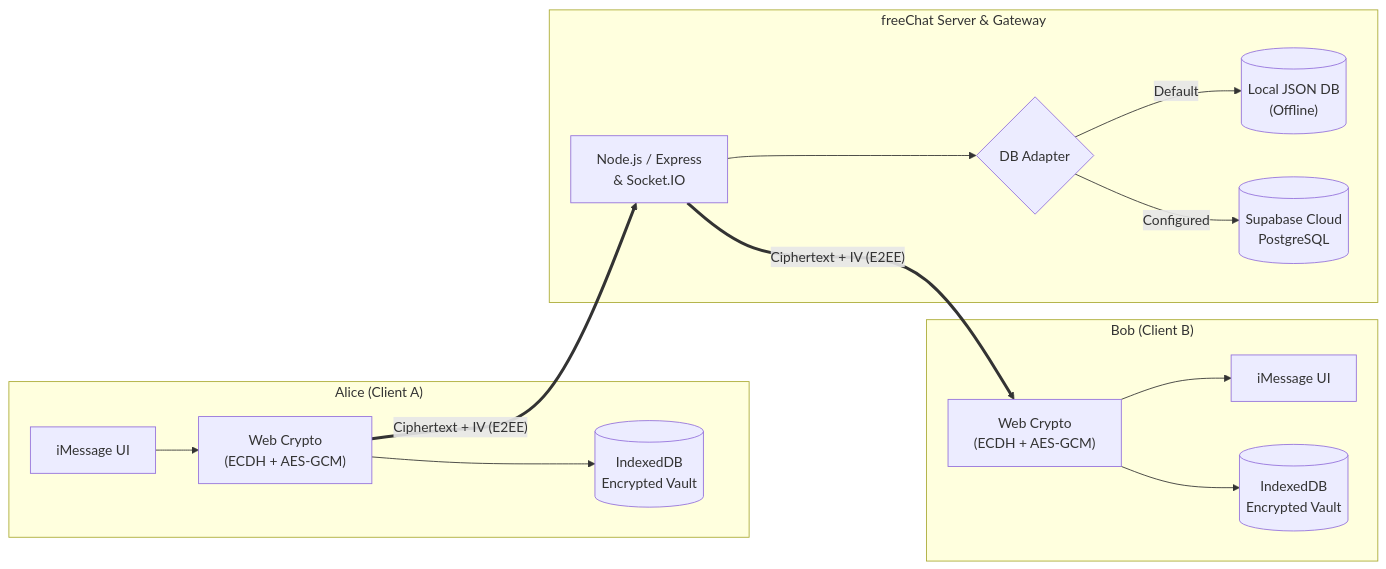
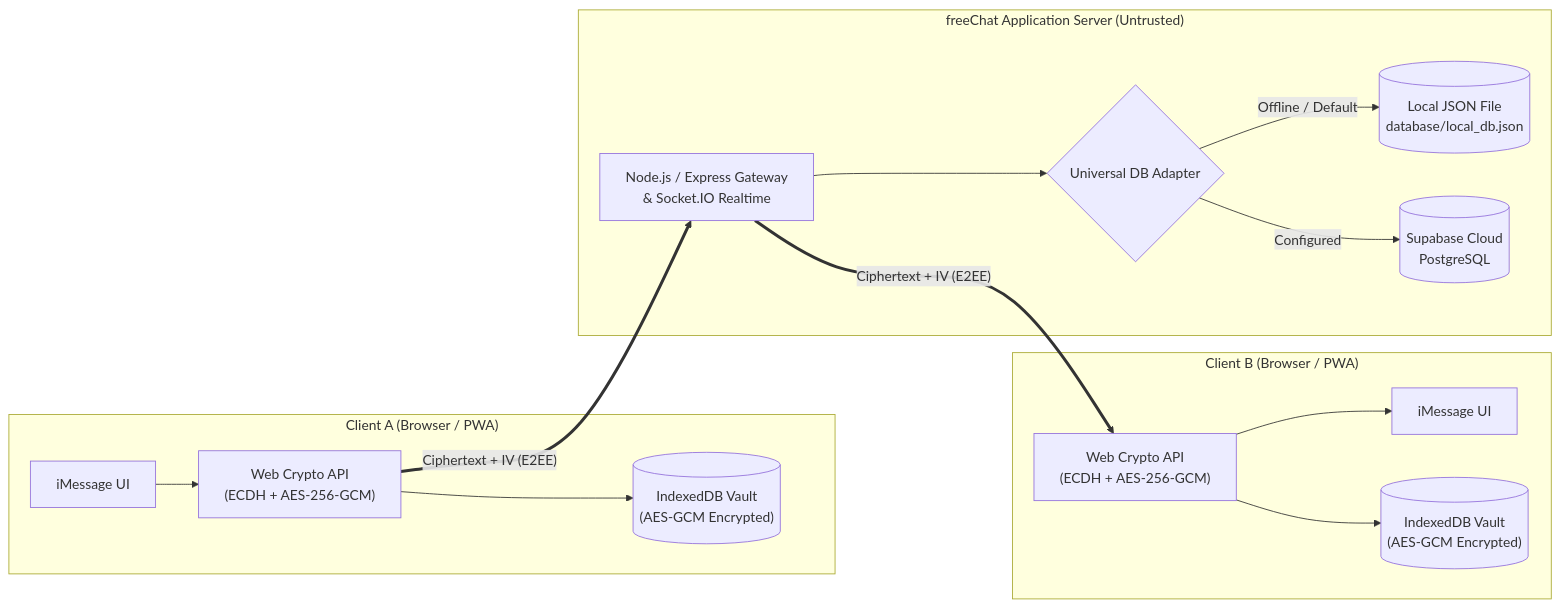
Before and after one commit to Reyadh418/freeChat: the diagram in README.md, drawn with Mermaid. The commit also changed other lines of this file, not shown here.

````diff
--- a/README.md
+++ b/README.md
@@ -60,25 +134,26 @@
 ```mermaid
 flowchart LR
-    subgraph AliceBrowser["Alice (Client A)"]
-        A_UI["iMessage UI"] --> A_Crypto["Web Crypto\n(ECDH + AES-GCM)"]
-        A_Crypto --> A_Vault[("IndexedDB\nEncrypted Vault")]
+    subgraph ClientA["Client A (Browser / PWA)"]
+        UI_A["iMessage UI"] --> WebCrypto_A["Web Crypto API\n(ECDH + AES-256-GCM)"]
+        WebCrypto_A --> Vault_A[("IndexedDB Vault\n(AES-GCM Encrypted)")]
     end
 
-    subgraph Backend["freeChat Server & Gateway"]
-        Server["Node.js / Express\n& Socket.IO"]
-        DBAdapter{"DB Adapter"}
-        LocalStore[("Local JSON DB\n(Offline)")]
+    subgraph Infrastructure["freeChat Application Server (Untrusted)"]
+        Server["Node.js / Express Gateway\n& Socket.IO Realtime"]
+        DBAdapter{"Universal DB Adapter"}
+        LocalStore[("Local JSON File\ndatabase/local_db.json")]
         CloudStore[("Supabase Cloud\nPostgreSQL")]
-        DBAdapter -->|Default| LocalStore
+        
+        Server --> DBAdapter
+        DBAdapter -->|Offline / Default| LocalStore
         DBAdapter -->|Configured| CloudStore
     end
 
-    subgraph BobBrowser["Bob (Client B)"]
-        B_Crypto["Web Crypto\n(ECDH + AES-GCM)"] --> B_UI["iMessage UI"]
-        B_Crypto --> B_Vault[("IndexedDB\nEncrypted Vault")]
+    subgraph ClientB["Client B (Browser / PWA)"]
+        WebCrypto_B["Web Crypto API\n(ECDH + AES-256-GCM)"] --> UI_B["iMessage UI"]
+        WebCrypto_B --> Vault_B[("IndexedDB Vault\n(AES-GCM Encrypted)")]
     end
 
-    A_Crypto == "Ciphertext + IV (E2EE)" ==> Server
-    Server --> DBAdapter
-    Server == "Ciphertext + IV (E2EE)" ==> B_Crypto
+    WebCrypto_A == "Ciphertext + IV (E2EE)" ==> Server
+    Server == "Ciphertext + IV (E2EE)" ==> WebCrypto_B
 ```
````
